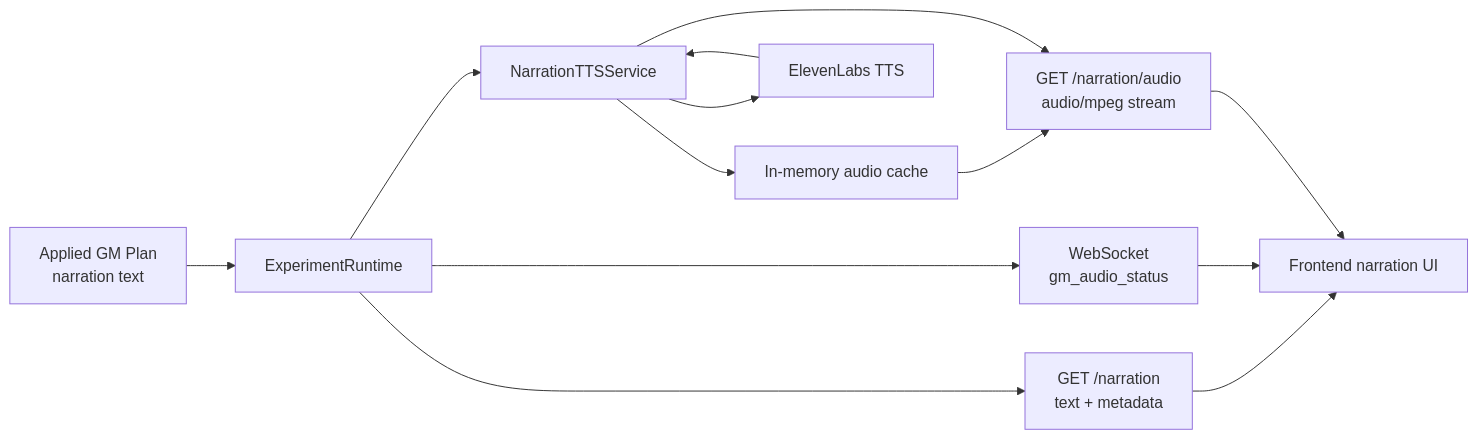
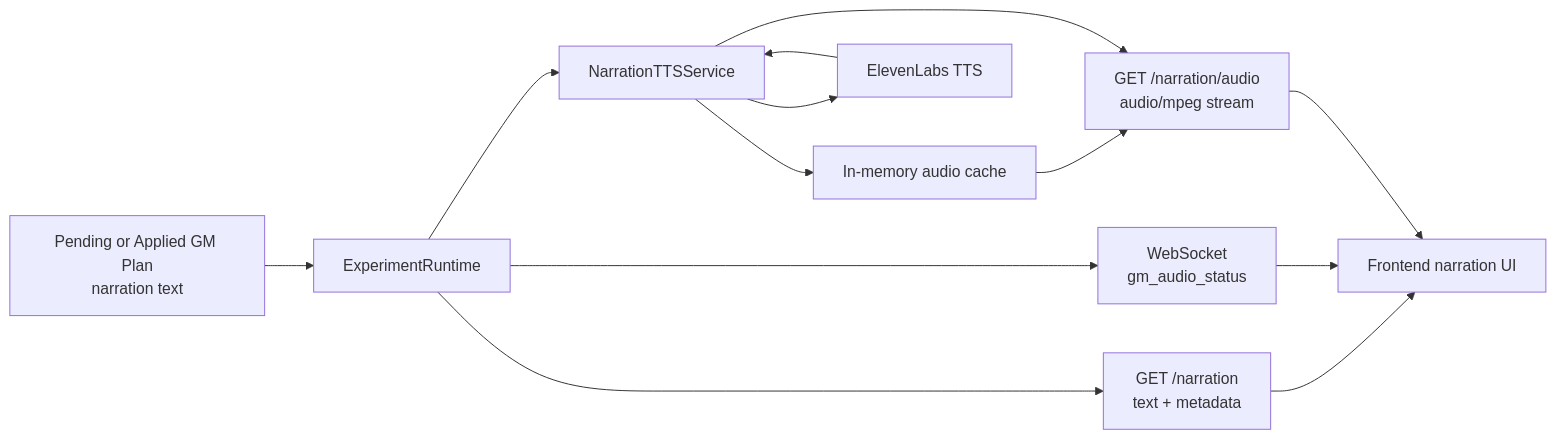
One commit to Gerner-Ventures/the-experiment changed the diagram in docs/AUDIO_NARRATION.md. Above: the diagram before and after it, drawn with Mermaid. The commit also changed other lines of this file and 14 other files, not shown here.

Commit message:
feat: add manual GM revision flow

````diff
--- a/docs/AUDIO_NARRATION.md
+++ b/docs/AUDIO_NARRATION.md
@@ -40,15 +40,15 @@
 ```mermaid
 flowchart LR
-    GM["Applied GM Plan<br/>narration text"] --> RT["ExperimentRuntime"]
+    GM["Pending or Applied GM Plan<br/>narration text"] --> RT["ExperimentRuntime"]
     RT --> WS["WebSocket<br/>gm_audio_status"]
     RT --> META["GET /narration<br/>text + metadata"]
     RT --> TTS["NarrationTTSService"]
     TTS --> CACHE["In-memory audio cache"]
     TTS --> EL["ElevenLabs TTS"]
     EL --> TTS
     CACHE --> AUDIO["GET /narration/audio<br/>audio/mpeg stream"]
     TTS --> AUDIO
     META --> FE["Frontend narration UI"]
     WS --> FE
     AUDIO --> FE
 ```
````
